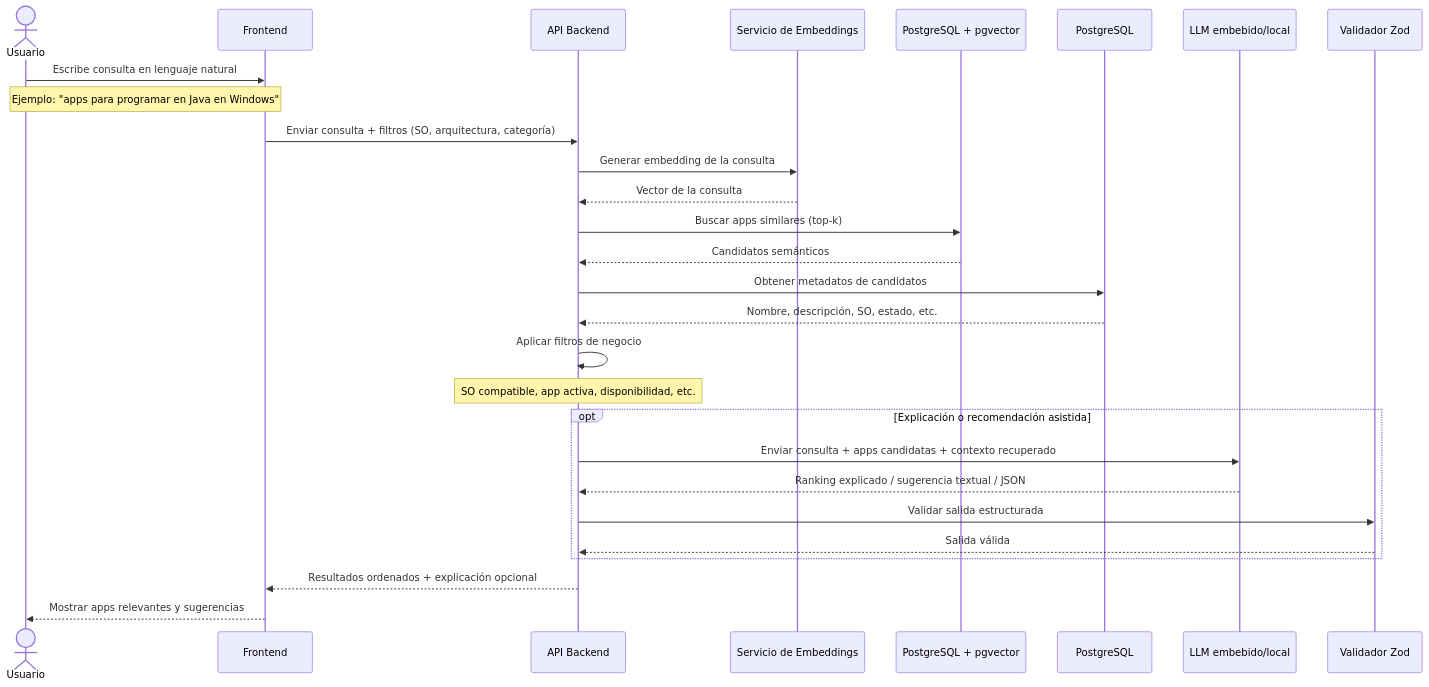
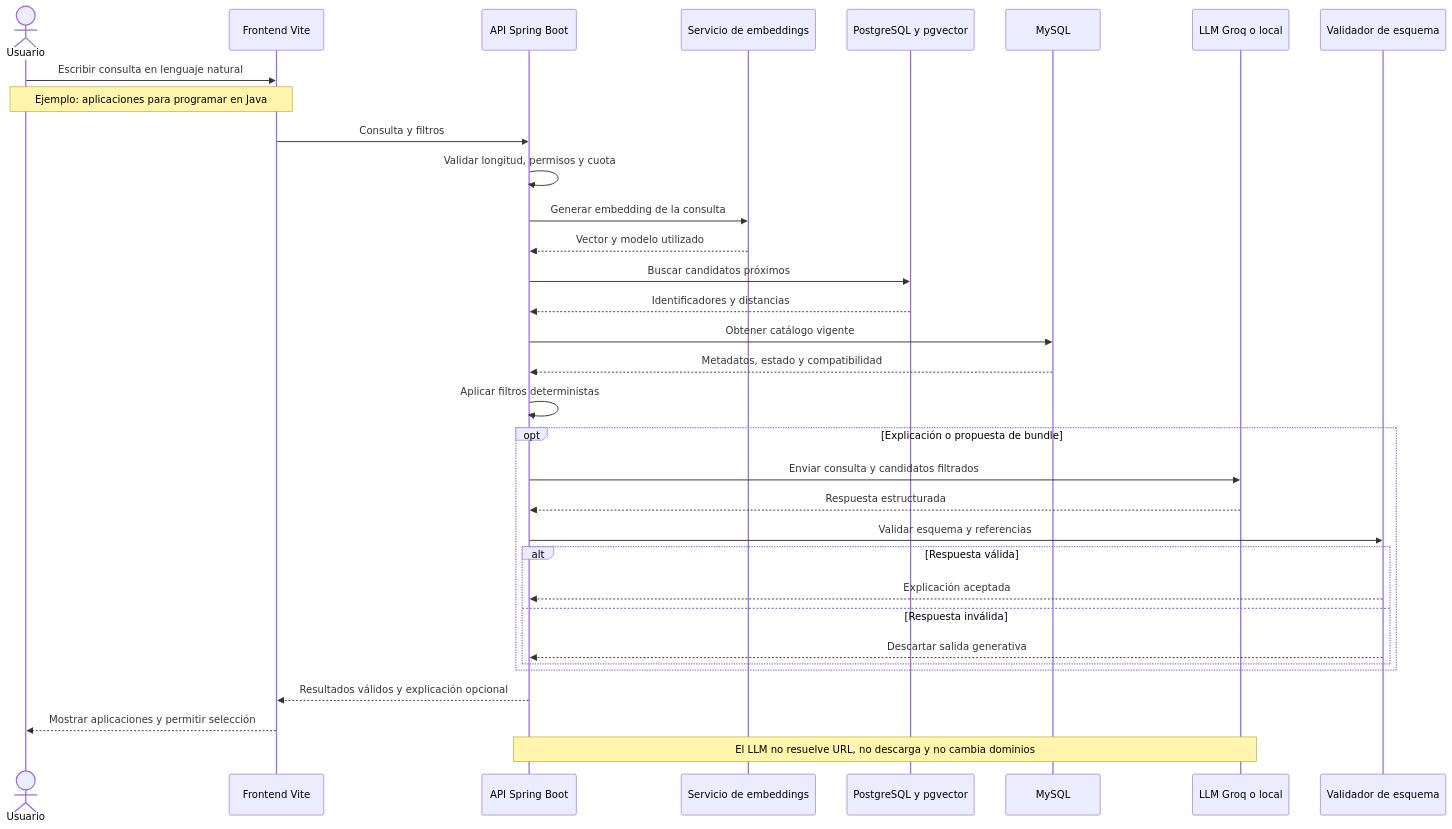
The diagram in assets/sequenceDiagram_llmSearch.mmd (Joseleelsuper/Batch-Downloader-Memoria), drawn with Mermaid before and after one commit. The commit also changed 7 other files, not shown here.

Commit message:
Modificados diagramas de secuencia y configuraciones de Puppeteer y Mermaid para reflejar cambios en la arquitectura y herramientas utilizadas.

```diff
--- a/assets/sequenceDiagram_llmSearch.mmd
+++ b/assets/sequenceDiagram_llmSearch.mmd
@@ -1,35 +1,39 @@
 sequenceDiagram
     actor U as Usuario
-    participant F as Frontend
-    participant A as API Backend
-    participant E as Servicio de Embeddings
-    participant V as PostgreSQL + pgvector
-    participant DB as PostgreSQL
-    participant L as LLM embebido/local
-    participant Z as Validador Zod
+    participant F as Frontend Vite
+    participant A as API Spring Boot
+    participant E as Servicio de embeddings
+    participant V as PostgreSQL y pgvector
+    participant DB as MySQL
+    participant L as LLM Groq o local
+    participant J as Validador de esquema
 
-    U->>F: Escribe consulta en lenguaje natural
-    Note over U,F: Ejemplo: "apps para programar en Java en Windows"
-    F->>A: Enviar consulta + filtros (SO, arquitectura, categoría)
+    U->>F: Escribir consulta en lenguaje natural
+    Note over U,F: Ejemplo: aplicaciones para programar en Java
+    F->>A: Consulta y filtros
+    A->>A: Validar longitud, permisos y cuota
 
     A->>E: Generar embedding de la consulta
-    E-->>A: Vector de la consulta
+    E-->>A: Vector y modelo utilizado
+    A->>V: Buscar candidatos próximos
+    V-->>A: Identificadores y distancias
 
-    A->>V: Buscar apps similares (top-k)
-    V-->>A: Candidatos semánticos
+    A->>DB: Obtener catálogo vigente
+    DB-->>A: Metadatos, estado y compatibilidad
+    A->>A: Aplicar filtros deterministas
 
-    A->>DB: Obtener metadatos de candidatos
-    DB-->>A: Nombre, descripción, SO, estado, etc.
-
-    A->>A: Aplicar filtros de negocio
-    Note over A: SO compatible, app activa, disponibilidad, etc.
-
-    opt Explicación o recomendación asistida
-        A->>L: Enviar consulta + apps candidatas + contexto recuperado
-        L-->>A: Ranking explicado / sugerencia textual / JSON
-        A->>Z: Validar salida estructurada
-        Z-->>A: Salida válida
+    opt Explicación o propuesta de bundle
+        A->>L: Enviar consulta y candidatos filtrados
+        L-->>A: Respuesta estructurada
+        A->>J: Validar esquema y referencias
+        alt Respuesta válida
+            J-->>A: Explicación aceptada
+        else Respuesta inválida
+            J-->>A: Descartar salida generativa
+        end
     end
 
-    A-->>F: Resultados ordenados + explicación opcional
-    F-->>U: Mostrar apps relevantes y sugerencias
+    A-->>F: Resultados válidos y explicación opcional
+    F-->>U: Mostrar aplicaciones y permitir selección
+
+    Note over A,L: El LLM no resuelve URL, no descarga y no cambia dominios
```
